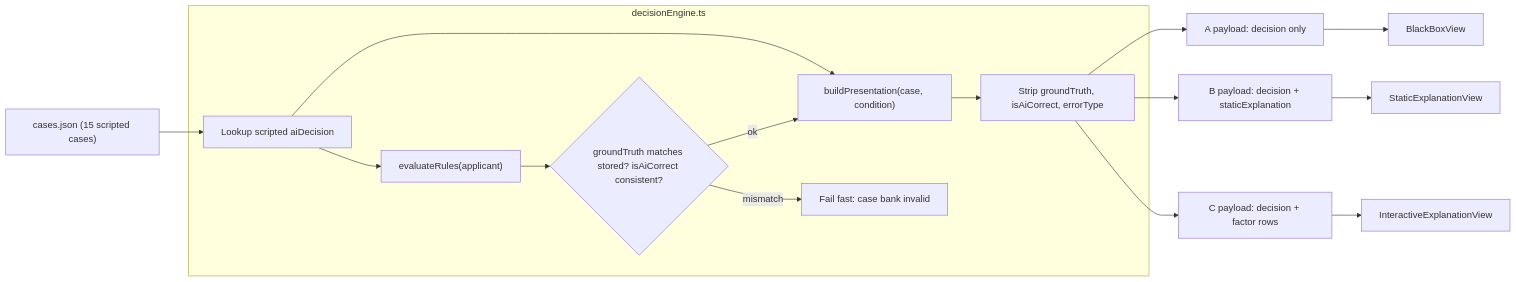
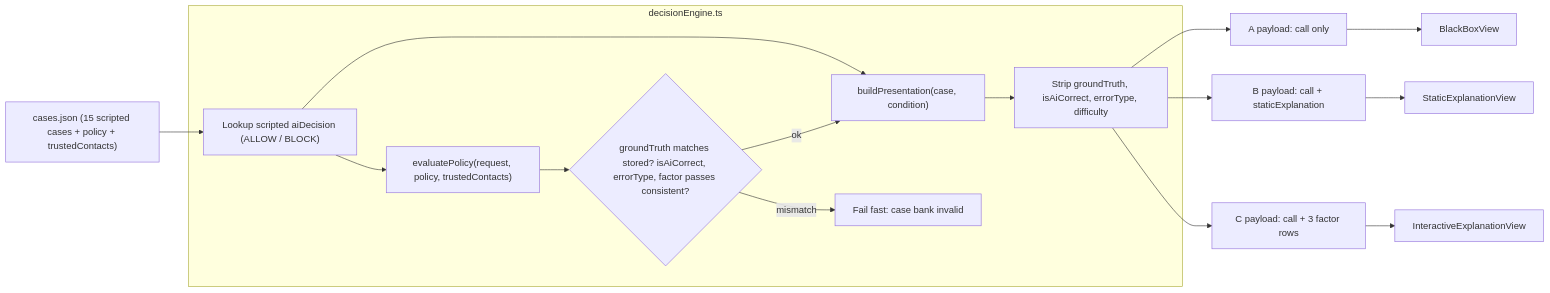
One commit to bibekgupta3333/HCI changed the first of 4 diagrams in docs/ai-design.md. Above: the diagram before and after it, drawn with Mermaid. The commit also changed other lines of this file and 10 other files, not shown here.

````diff
--- a/docs/ai-design.md
+++ b/docs/ai-design.md
@@ -23,22 +24,22 @@
 ```mermaid
 flowchart LR
-    CB["cases.json (15 scripted cases)"] --> LOOK
+    CB["cases.json (15 scripted cases + policy + trustedContacts)"] --> LOOK
     subgraph ENGINE["decisionEngine.ts"]
-        LOOK["Lookup scripted aiDecision"]
-        RULES["evaluateRules(applicant)"]
-        VAL{"groundTruth matches stored? isAiCorrect consistent?"}
+        LOOK["Lookup scripted aiDecision (ALLOW / BLOCK)"]
+        RULES["evaluatePolicy(request, policy, trustedContacts)"]
+        VAL{"groundTruth matches stored? isAiCorrect, errorType, factor passes consistent?"}
         BUILD["buildPresentation(case, condition)"]
-        STRIP["Strip groundTruth, isAiCorrect, errorType"]
+        STRIP["Strip groundTruth, isAiCorrect, errorType, difficulty"]
         LOOK --> BUILD
         LOOK --> RULES --> VAL
         VAL -- "mismatch" --> ERR["Fail fast: case bank invalid"]
         VAL -- "ok" --> BUILD
         BUILD --> STRIP
     end
-    STRIP --> PA["A payload: decision only"]
-    STRIP --> PB["B payload: decision + staticExplanation"]
-    STRIP --> PC["C payload: decision + factor rows"]
+    STRIP --> PA["A payload: call only"]
+    STRIP --> PB["B payload: call + staticExplanation"]
+    STRIP --> PC["C payload: call + 3 factor rows"]
     PA --> VA["BlackBoxView"]
     PB --> VB["StaticExplanationView"]
     PC --> VC["InteractiveExplanationView"]
 ```
````
